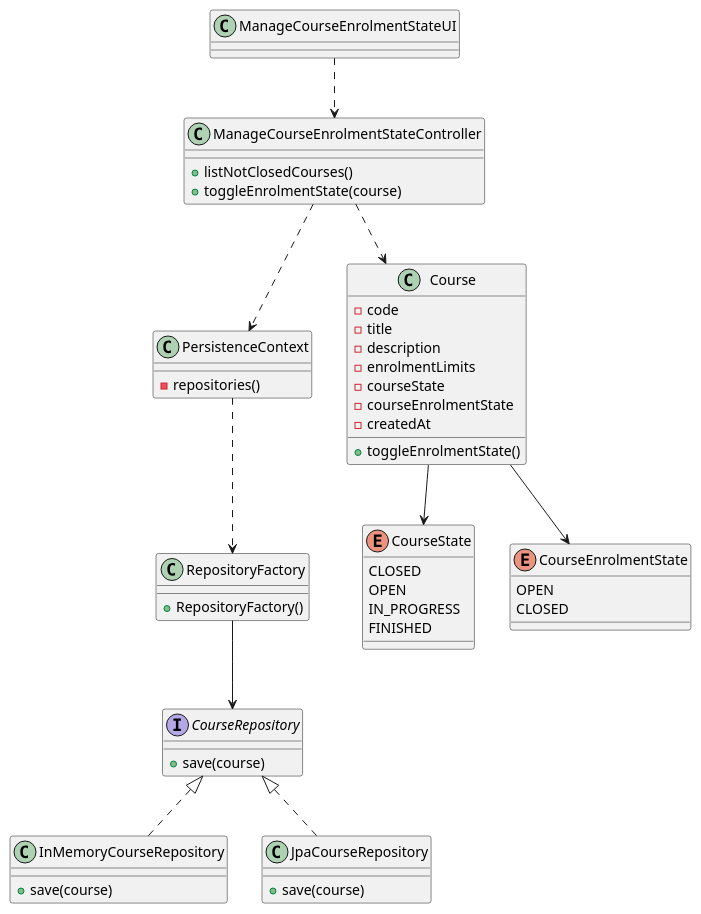
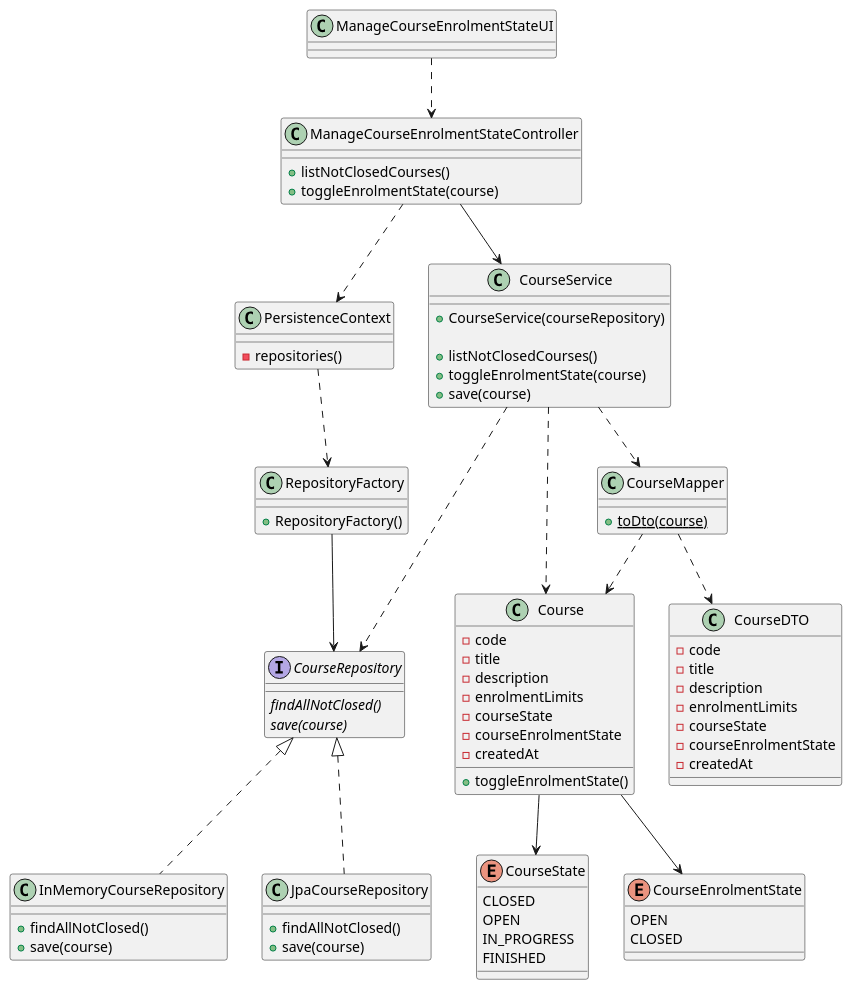
One commit to miseEnPlace-dev/lapr4 changed the diagram in docs/sprint-b/us09-1003/US1003_CD.puml. Above: the diagram before and after it, drawn with PlantUML. The commit also changed 10 other files, not shown here.

```diff
--- a/docs/sprint-b/us09-1003/US1003_CD.puml
+++ b/docs/sprint-b/us09-1003/US1003_CD.puml
@@ -1,66 +1,98 @@
 @startuml US1003_CD
 
 class RepositoryFactory {
   + RepositoryFactory()
 }
 
 interface CourseRepository {
-  + save(course)
+  {abstract} findAllNotClosed()
+  {abstract} save(course)
 }
 
 class InMemoryCourseRepository {
+  + findAllNotClosed()
   + save(course)
 }
 
 class JpaCourseRepository {
+  + findAllNotClosed()
   + save(course)
 }
 
 class PersistenceContext {
   - repositories()
+}
+
+class CourseService {
+  + CourseService(courseRepository)
+
+  + listNotClosedCourses()
+  + toggleEnrolmentState(course)
+  + save(course)
 }
 
 class ManageCourseEnrolmentStateUI {}
 
 class ManageCourseEnrolmentStateController {
   + listNotClosedCourses()
   + toggleEnrolmentState(course)
 }
 
 class Course {
   - code
   - title
   - description
   - enrolmentLimits
   - courseState
   - courseEnrolmentState
   - createdAt
 
   + toggleEnrolmentState()
 }
 
+class CourseMapper {
+  + {static} toDto(course)
+}
+
 enum CourseState {
   CLOSED
   OPEN
   IN_PROGRESS
   FINISHED
 }
 
 enum CourseEnrolmentState {
   OPEN
   CLOSED
 }
 
+class CourseDTO {
+  - code
+  - title
+  - description
+  - enrolmentLimits
+  - courseState
+  - courseEnrolmentState
+  - createdAt
+}
+
 ManageCourseEnrolmentStateUI ..> ManageCourseEnrolmentStateController
 ManageCourseEnrolmentStateController ..> PersistenceContext
-ManageCourseEnrolmentStateController ..> Course
+ManageCourseEnrolmentStateController --> CourseService
 PersistenceContext ..> RepositoryFactory
 RepositoryFactory --> CourseRepository
+
+CourseService ..> Course
+CourseService ..> CourseMapper
+CourseService ..> CourseRepository
+
+CourseMapper ..> Course
+CourseMapper ..> CourseDTO
 
 CourseRepository <|.. InMemoryCourseRepository
 CourseRepository <|.. JpaCourseRepository
 
 Course --> CourseState
 Course --> CourseEnrolmentState
 
 @enduml
```
